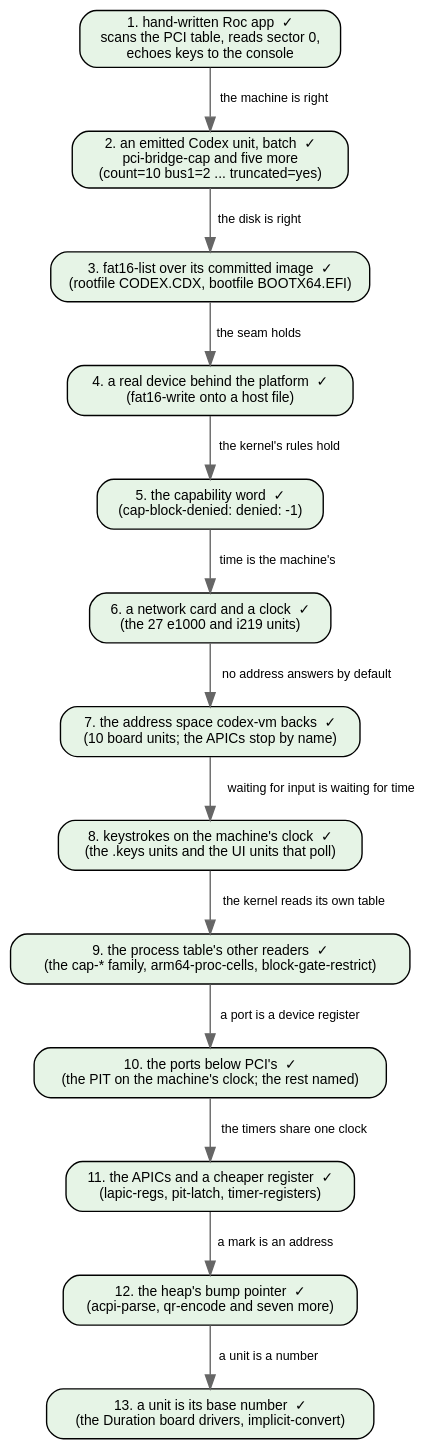
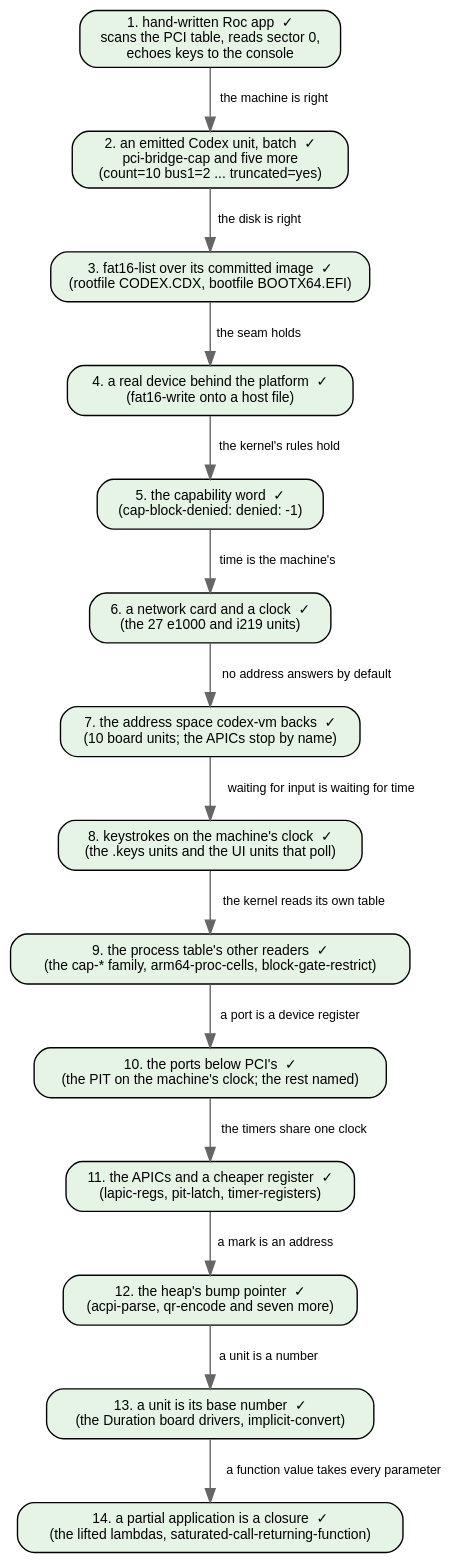
Diagram 11 of 11 in notes/roc-machine-emulator.md (showell/essay-repl-server), drawn with Graphviz before and after one commit. The commit also changed other lines of this file, not shown here.

First line of the commit message:
roc-machine-emulator: step 14, a partial application is a closure

````diff
--- a/notes/roc-machine-emulator.md
+++ b/notes/roc-machine-emulator.md
@@ -880,33 +921,35 @@
 ```dot
 digraph demo {
   rankdir=TB; bgcolor="transparent";
   node [shape=box style="rounded,filled" fontname="Helvetica" fontsize=10 fillcolor="#ffffff"];
   edge [fontname="Helvetica" fontsize=9 color="#666666"];
 
   a [label="1. hand-written Roc app  ✓\nscans the PCI table, reads sector 0,\nechoes keys to the console" fillcolor="#e6f4e6"];
   b [label="2. an emitted Codex unit, batch  ✓\npci-bridge-cap and five more\n(count=10 bus1=2 ... truncated=yes)" fillcolor="#e6f4e6"];
   c [label="3. fat16-list over its committed image  ✓\n(rootfile CODEX.CDX, bootfile BOOTX64.EFI)" fillcolor="#e6f4e6"];
   d [label="4. a real device behind the platform  ✓\n(fat16-write onto a host file)" fillcolor="#e6f4e6"];
   e [label="5. the capability word  ✓\n(cap-block-denied: denied: -1)" fillcolor="#e6f4e6"];
   f [label="6. a network card and a clock  ✓\n(the 27 e1000 and i219 units)" fillcolor="#e6f4e6"];
   g [label="7. the address space codex-vm backs  ✓\n(10 board units; the APICs stop by name)" fillcolor="#e6f4e6"];
   h [label="8. keystrokes on the machine's clock  ✓\n(the .keys units and the UI units that poll)" fillcolor="#e6f4e6"];
   i [label="9. the process table's other readers  ✓\n(the cap-* family, arm64-proc-cells, block-gate-restrict)" fillcolor="#e6f4e6"];
   j [label="10. the ports below PCI's  ✓\n(the PIT on the machine's clock; the rest named)" fillcolor="#e6f4e6"];
   k [label="11. the APICs and a cheaper register  ✓\n(lapic-regs, pit-latch, timer-registers)" fillcolor="#e6f4e6"];
   l [label="12. the heap's bump pointer  ✓\n(acpi-parse, qr-encode and seven more)" fillcolor="#e6f4e6"];
   m [label="13. a unit is its base number  ✓\n(the Duration board drivers, implicit-convert)" fillcolor="#e6f4e6"];
+  n [label="14. a partial application is a closure  ✓\n(the lifted lambdas, saturated-call-returning-function)" fillcolor="#e6f4e6"];
   a -> b [label="the machine is right"];
   b -> c [label="the disk is right"];
   c -> d [label="the seam holds"];
   d -> e [label="the kernel's rules hold"];
   e -> f [label="time is the machine's"];
   f -> g [label="no address answers by default"];
   g -> h [label="waiting for input is waiting for time"];
   h -> i [label="the kernel reads its own table"];
   i -> j [label="a port is a device register"];
   j -> k [label="the timers share one clock"];
   k -> l [label="a mark is an address"];
   l -> m [label="a unit is a number"];
+  m -> n [label="a function value takes every parameter"];
 }
 ```
````
